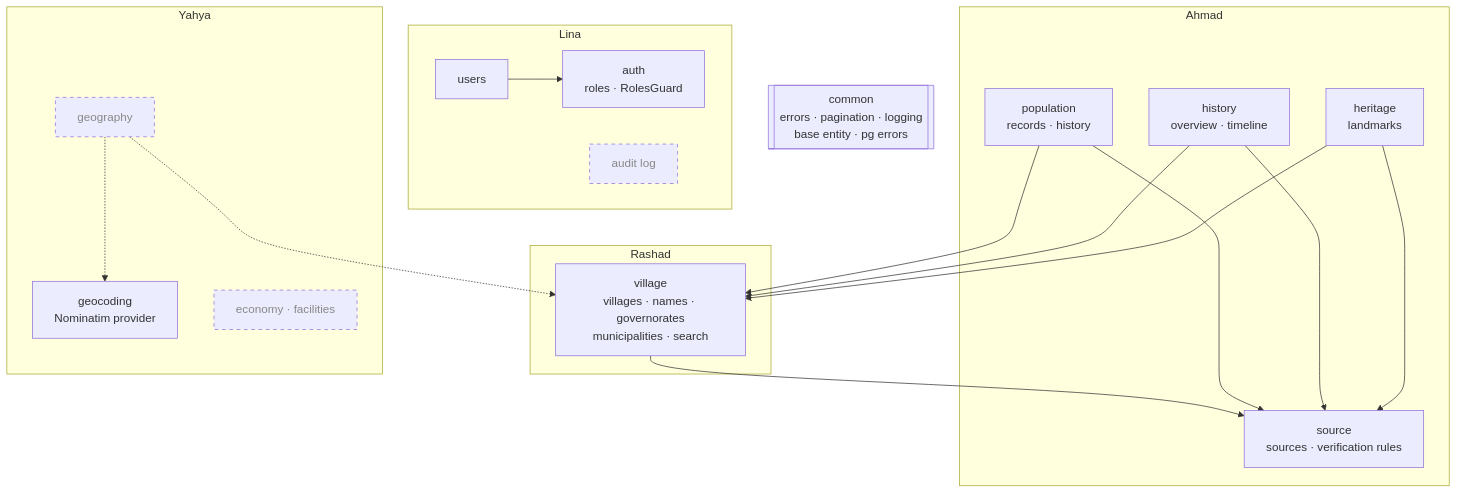
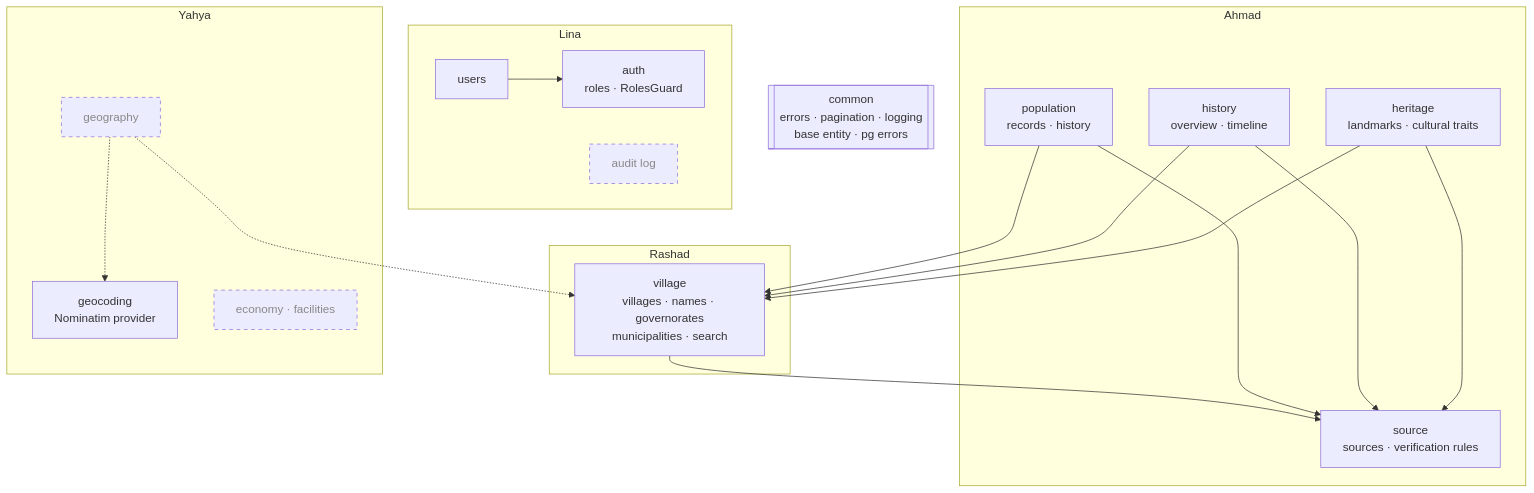
The second of 5 diagrams in docs/architecture.md (qaryati-Org/qaryati), drawn with Mermaid before and after one commit. The commit also changed other lines of this file, not shown here.

Commit message:
docs(architecture): add cultural traits to heritage module

````diff
--- a/docs/architecture.md
+++ b/docs/architecture.md
@@ -49,37 +49,37 @@
 ```mermaid
 flowchart TB
     subgraph Rashad
         VIL[village<br/>villages · names · governorates<br/>municipalities · search]
     end
     subgraph Ahmad
         SRC[source<br/>sources · verification rules]
         POP[population<br/>records · history]
         HIS[history<br/>overview · timeline]
-        HER[heritage<br/>landmarks]
+        HER[heritage<br/>landmarks · cultural traits]
     end
     subgraph Lina
         AUTH[auth<br/>roles · RolesGuard]
         USR[users]
         AUD[audit log]:::planned
     end
     subgraph Yahya
         GEO[geocoding<br/>Nominatim provider]
         GEOG[geography]:::planned
         ECO[economy · facilities]:::planned
     end
 
     COMMON[[common<br/>errors · pagination · logging<br/>base entity · pg errors]]
 
     VIL --> SRC
     POP --> VIL
     POP --> SRC
     HIS --> VIL
     HIS --> SRC
     HER --> VIL
     HER --> SRC
     USR --> AUTH
     GEOG -.-> GEO
     GEOG -.-> VIL
 
     classDef planned stroke-dasharray: 5 5,color:#888
 ```
````
